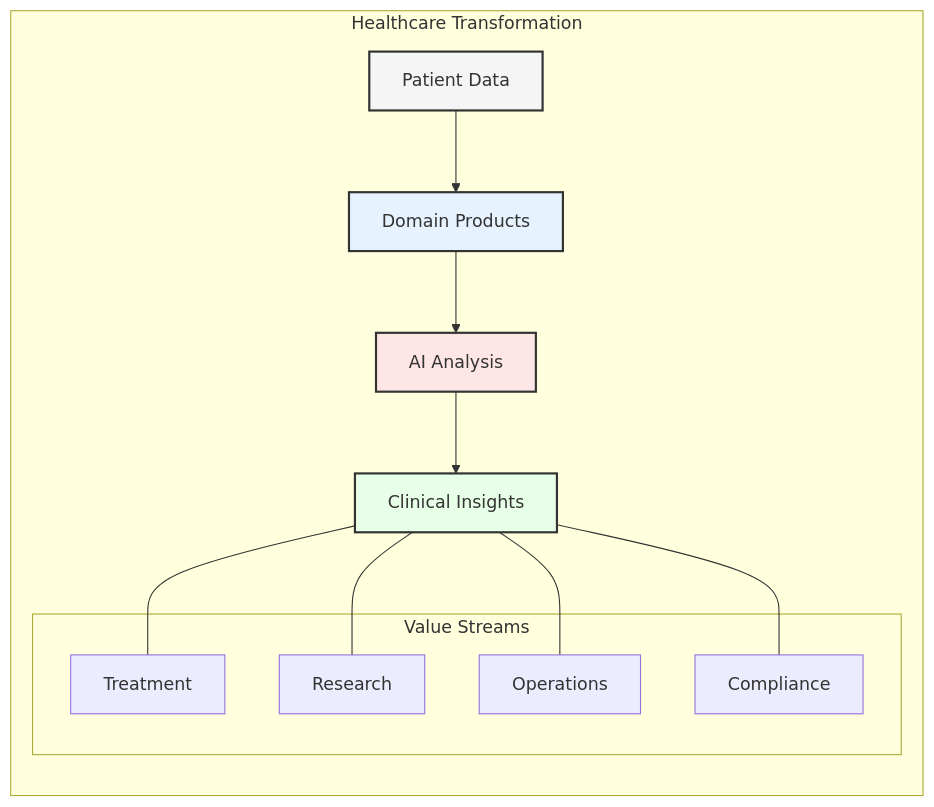
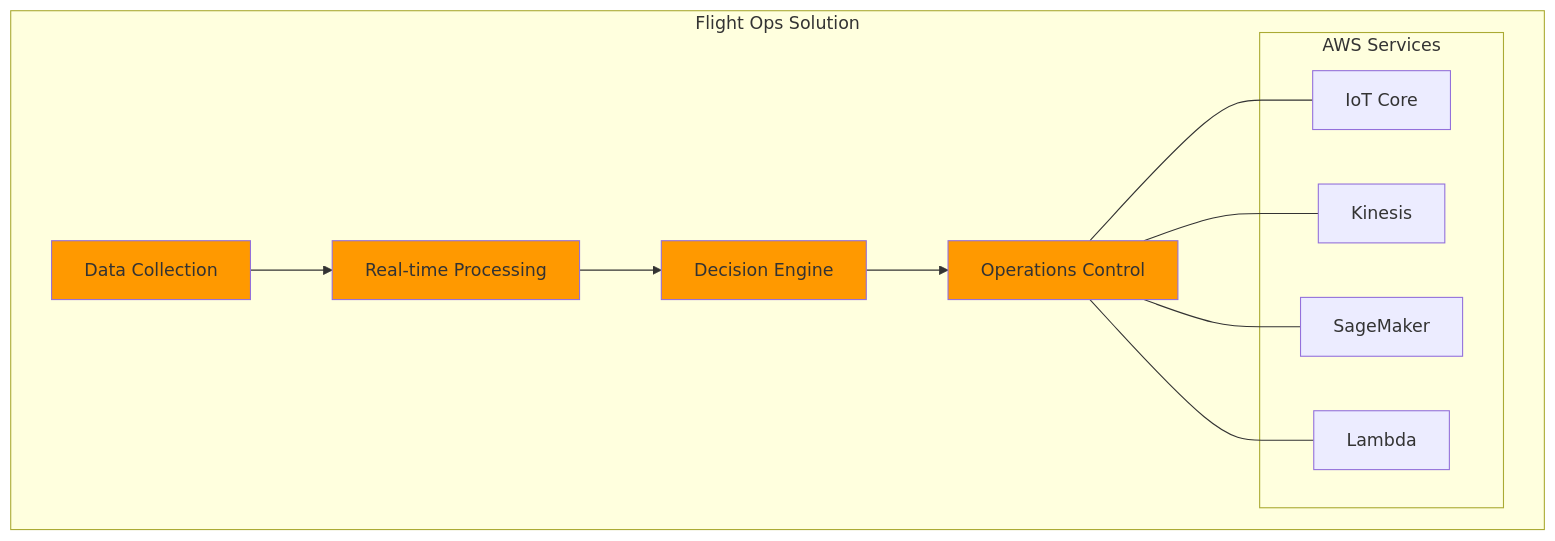
One commit to data-octo/agentic_ai_research changed the second of 7 diagrams in enterprise_data_architecture/chapters/09_case_studies.md. Above: the diagram before and after it, drawn with Mermaid. The commit also changed other lines of this file and 11 other files, not shown here.

````diff
--- a/enterprise_data_architecture/chapters/09_case_studies.md
+++ b/enterprise_data_architecture/chapters/09_case_studies.md
@@ -104,25 +39,25 @@
 ```mermaid
-graph LR
-    subgraph "Healthcare Transformation"
-        A[Patient Data] --> B[Domain Products]
-        B --> C[AI Analysis]
-        C --> D[Clinical Insights]
+graph TB
+    subgraph "Flight Ops Solution"
+        A[Data Collection] --> B[Real-time Processing]
+        B --> C[Decision Engine]
+        C --> D[Operations Control]
         
-        subgraph "Value Streams"
-            E[Treatment]
-            F[Research]
-            G[Operations]
-            H[Compliance]
+        subgraph "AWS Services"
+            E[IoT Core]
+            F[Kinesis]
+            G[SageMaker]
+            H[Lambda]
         end
         
         D --- E
         D --- F
         D --- G
         D --- H
     end
     
-    style A fill:#f5f5f5,stroke:#333,stroke-width:2px
-    style B fill:#e6f3ff,stroke:#333,stroke-width:2px
-    style C fill:#ffe6e6,stroke:#333,stroke-width:2px
-    style D fill:#e6ffe6,stroke:#333,stroke-width:2px
+    style A fill:#ff9900
+    style B fill:#ff9900
+    style C fill:#ff9900
+    style D fill:#ff9900
 ```
````
